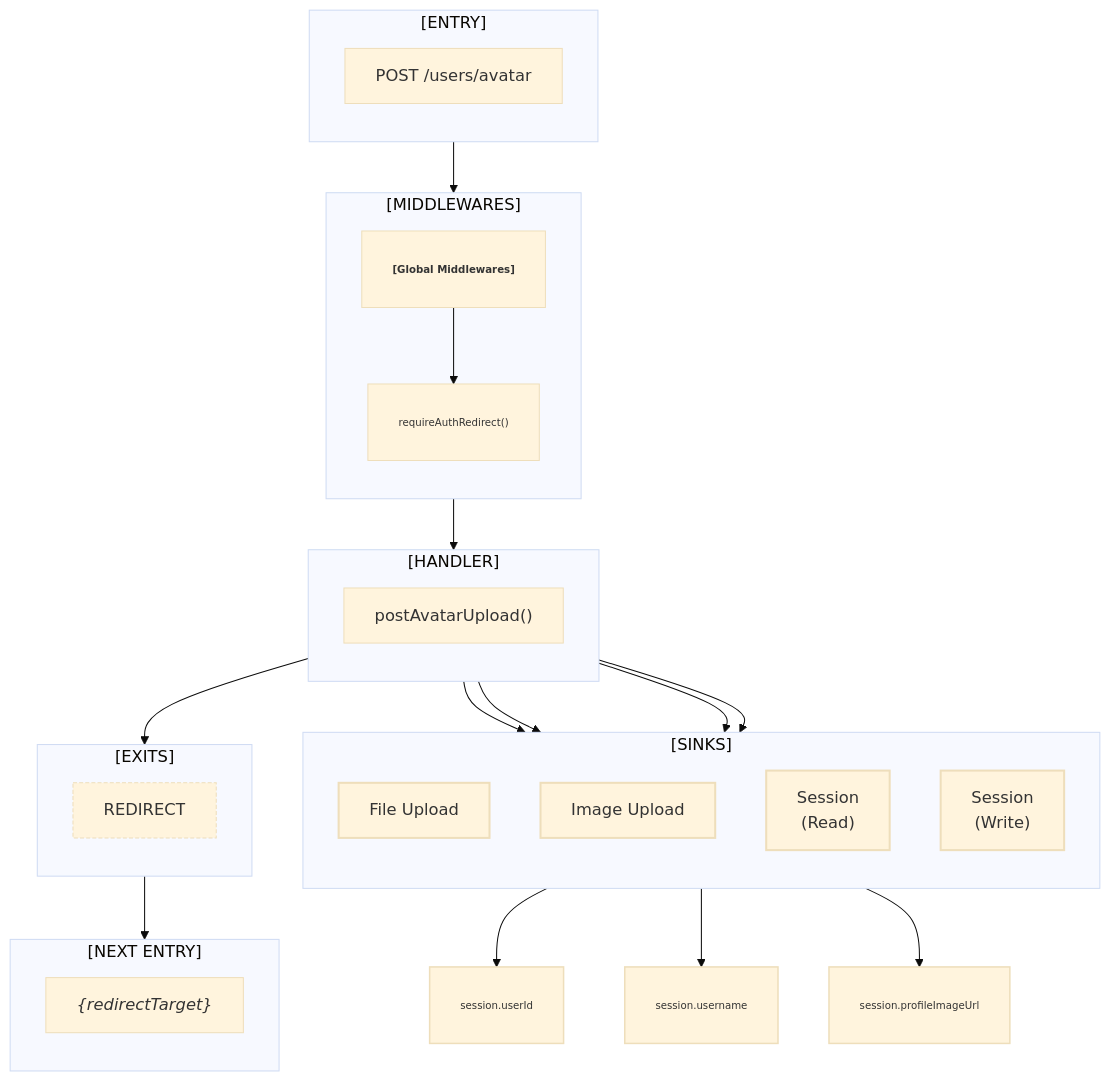
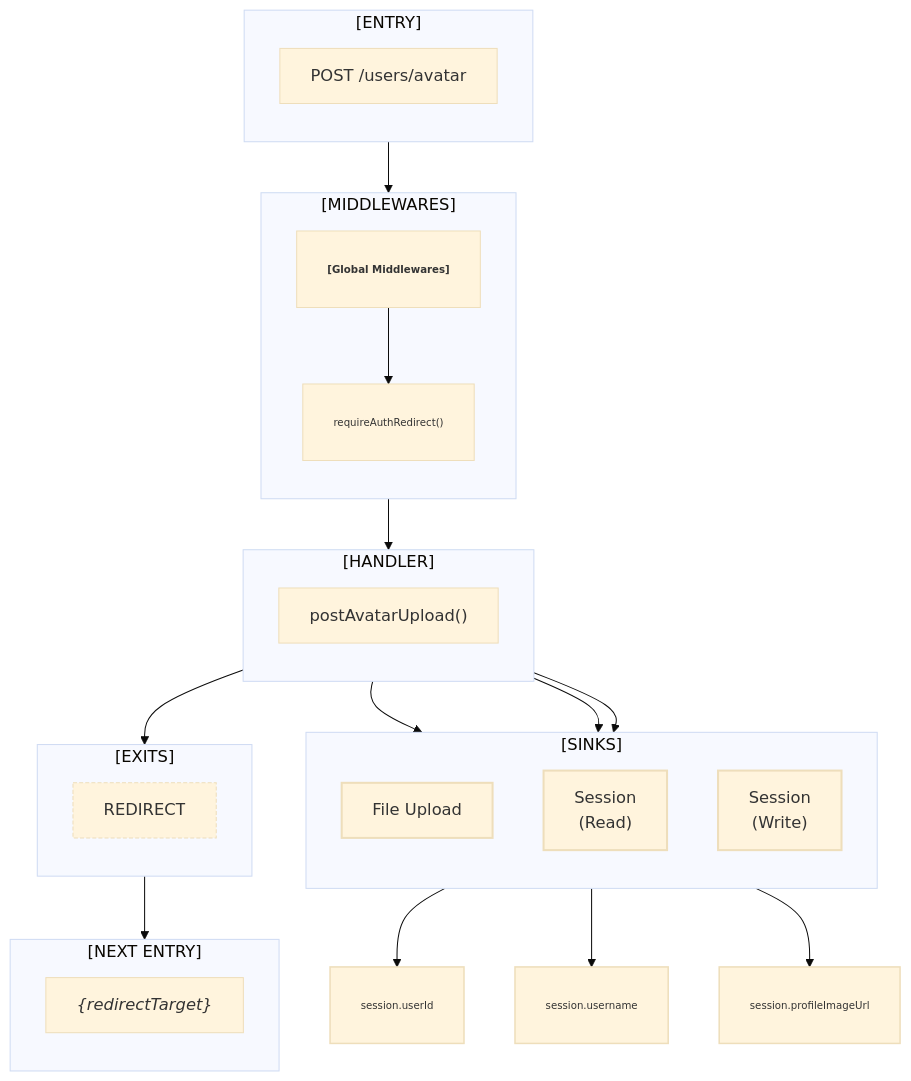
The diagram in docs/flowmap/flows/POST__users_avatar.mmd (irondenker/my-code-my-kill), drawn with Mermaid (base theme) before and after one commit. The commit also changed 26 other files, not shown here.

```diff
--- a/docs/flowmap/flows/POST__users_avatar.mmd
+++ b/docs/flowmap/flows/POST__users_avatar.mmd
@@ -1,58 +1,56 @@
 flowchart TD
 subgraph ENTRY_BLOCK["[ENTRY]"]
 direction TB
 ENTRY["POST /users/avatar"]
 end
 subgraph MIDDLEWARES["[MIDDLEWARES]"]
 direction TB
 MIDDLEWARE1["<b>[Global Middlewares]</b>"]
 MIDDLEWARE2["requireAuthRedirect()"]
 end
 ENTRY --> MIDDLEWARE1
 MIDDLEWARE1 --> MIDDLEWARE2
 subgraph HANDLER_BLOCK["[HANDLER]"]
 direction TB
 HANDLER["postAvatarUpload()"]
 end
 MIDDLEWARE2 --> HANDLER
 subgraph SINKS["[SINKS]"]
 direction TB
 SINK1["File Upload"]
-SINK2["Image Upload"]
-SINK3["Session<br/>(Read)"]
-SINK4["Session<br/>(Write)"]
+SINK2["Session<br/>(Read)"]
+SINK3["Session<br/>(Write)"]
 end
 HANDLER --> SINK1
 HANDLER --> SINK2
 HANDLER --> SINK3
-HANDLER --> SINK4
 SINK_READ_KEY1["session.userId"]
 SINK_READ_KEY2["session.username"]
-SINK3 --> SINK_READ_KEY1
-SINK3 --> SINK_READ_KEY2
+SINK2 --> SINK_READ_KEY1
+SINK2 --> SINK_READ_KEY2
 SINK_WRITE_KEY1["session.profileImageUrl"]
-SINK4 --> SINK_WRITE_KEY1
+SINK3 --> SINK_WRITE_KEY1
 subgraph EXITS["[EXITS]"]
 direction TB
 EXIT1["REDIRECT"]
 end
 HANDLER --> EXIT1
 subgraph NEXT_ENTRY["[NEXT ENTRY]"]
 direction TB
 NEXT_ENTRY1["<i>{redirectTarget}</i>"]
 end
 EXIT1 --> NEXT_ENTRY1
 classDef middleware font-size:10px,padding:2px,stroke-width:1;
 classDef diagnostics stroke-dasharray: 2 2;
 classDef sink stroke-width:2;
 classDef sessionKey font-size:10px,padding:2px;
 classDef flash stroke-dasharray: 5 3,stroke-width:1.5;
 classDef auth stroke-dasharray: 0,stroke-width:1.5;
 classDef other stroke:#6b7280;
 classDef exit stroke-dasharray: 4 2;
 class MIDDLEWARE1,MIDDLEWARE2 middleware;
-class SINK1,SINK2,SINK3,SINK4 sink;
+class SINK1,SINK2,SINK3 sink;
 class SINK_READ_KEY1,SINK_READ_KEY2 sessionKey;
 class SINK_WRITE_KEY1 sessionKey;
 class SINK_READ_KEY1,SINK_READ_KEY2,SINK_WRITE_KEY1 auth;
 class EXIT1 exit;
```
